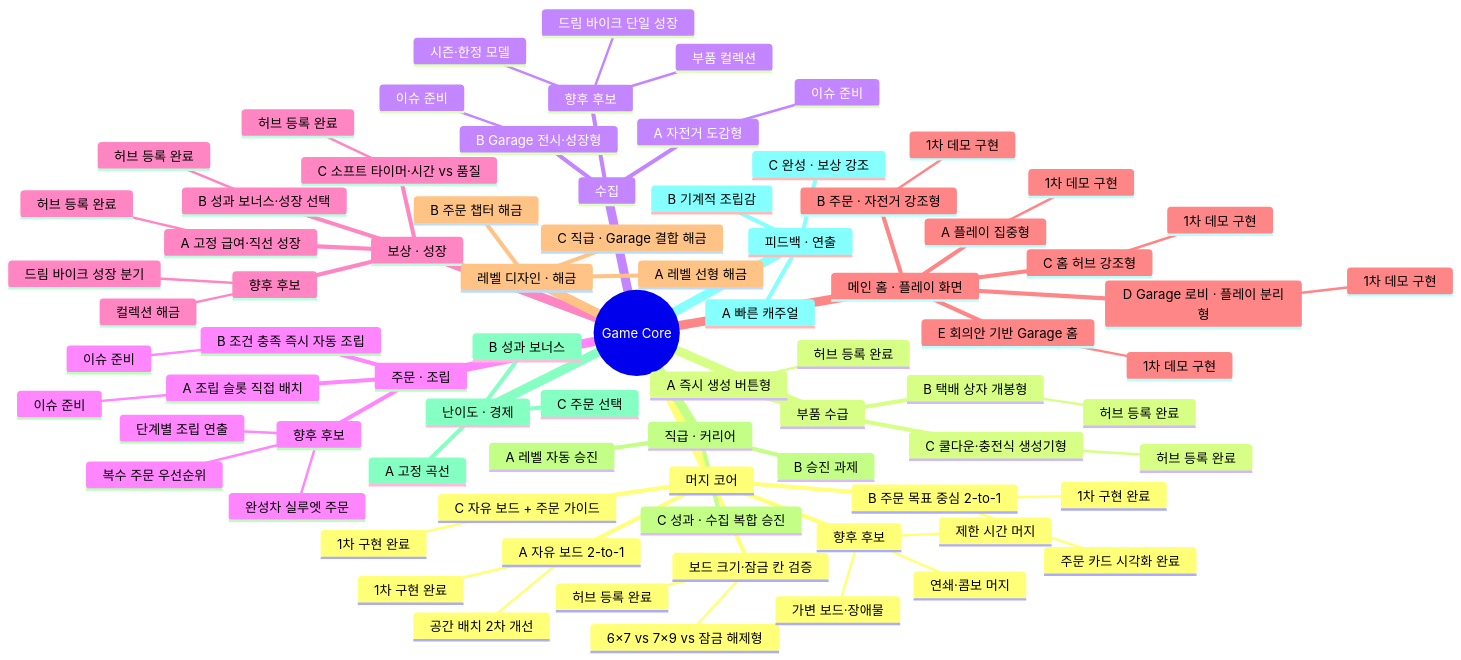
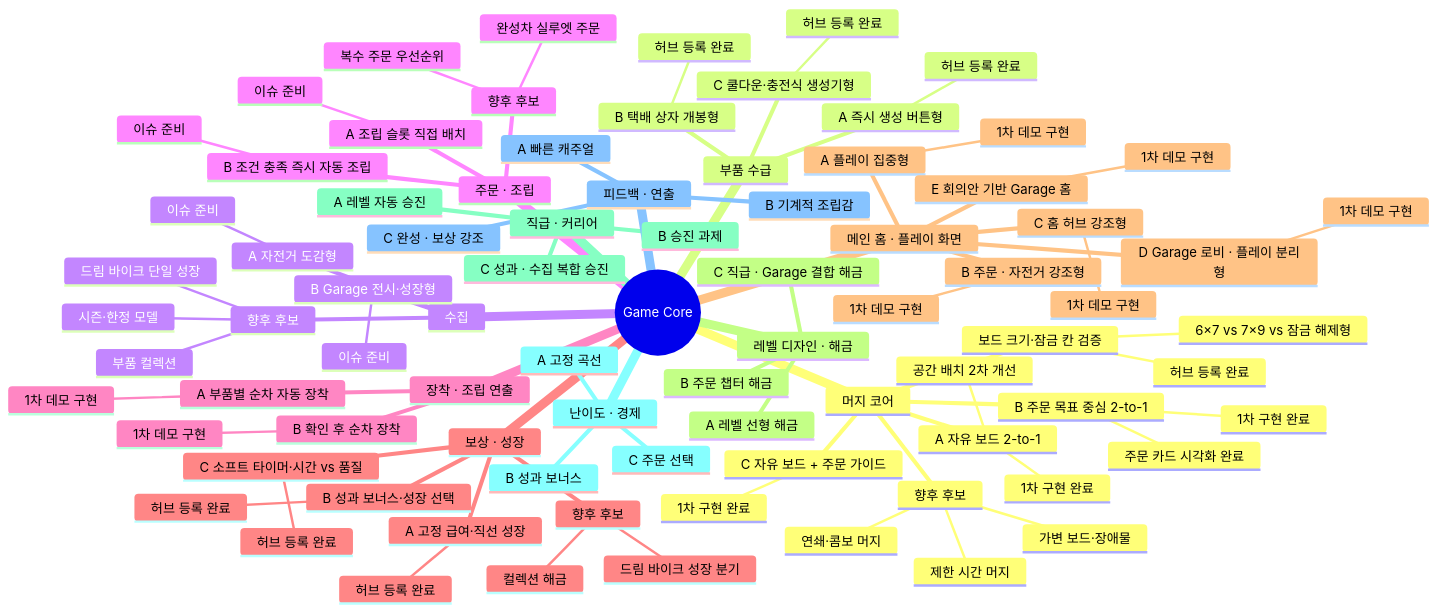
One commit to aigemro/dream-bike-garage-lab changed the second of 5 diagrams in docs/LAB_PROTOTYPE_MAP.md. Above: the diagram before and after it, drawn with Mermaid. The commit also changed other lines of this file, not shown here.

Commit message:
docs: register assembly presentation track

```diff
--- a/docs/LAB_PROTOTYPE_MAP.md
+++ b/docs/LAB_PROTOTYPE_MAP.md
@@ -90,9 +90,13 @@
       B 조건 충족 즉시 자동 조립
         이슈 준비
       향후 후보
-        단계별 조립 연출
         완성차 실루엣 주문
         복수 주문 우선순위
+    장착 · 조립 연출
+      A 부품별 순차 자동 장착
+        1차 데모 구현
+      B 확인 후 순차 장착
+        1차 데모 구현
     보상 · 성장
       A 고정 급여·직선 성장
         허브 등록 완료
```
